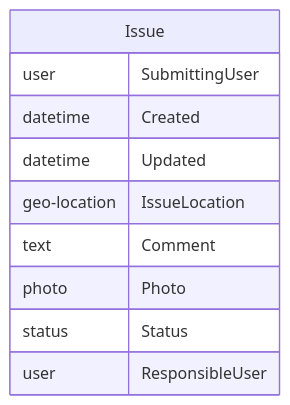
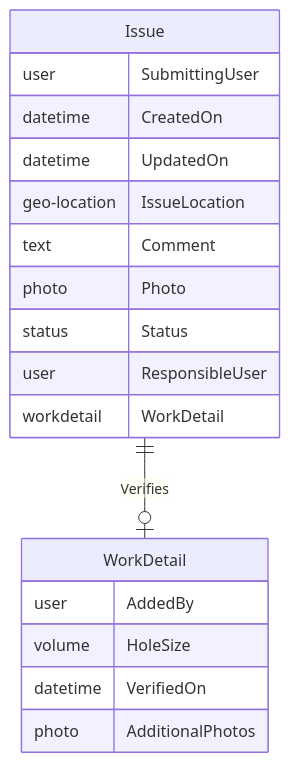
The first of 2 diagrams in Main.md (civic-os/vision), drawn with Mermaid before and after one commit. The commit also changed other lines of this file, not shown here.

Commit message:
Expand Workflow examples Expand Guiding Principles Expand Schema Example

````diff
--- a/Main.md
+++ b/Main.md
@@ -44,14 +48,21 @@
 ```mermaid
 erDiagram
-    Issue {
-        user SubmittingUser
-        datetime Created
-        datetime Updated
-        geo-location IssueLocation
-        text Comment
-        photo Photo
-        status Status
-        user ResponsibleUser
-    }
-
+	Issue {
+		user SubmittingUser
+		datetime CreatedOn
+		datetime UpdatedOn
+		geo-location IssueLocation
+		text Comment
+		photo Photo
+		status Status
+		user ResponsibleUser
+		workdetail WorkDetail
+	}
+	WorkDetail {
+		user AddedBy
+		volume HoleSize
+		datetime VerifiedOn
+		photo AdditionalPhotos
+	}
+	Issue ||--o| WorkDetail : Verifies
 ```
````
